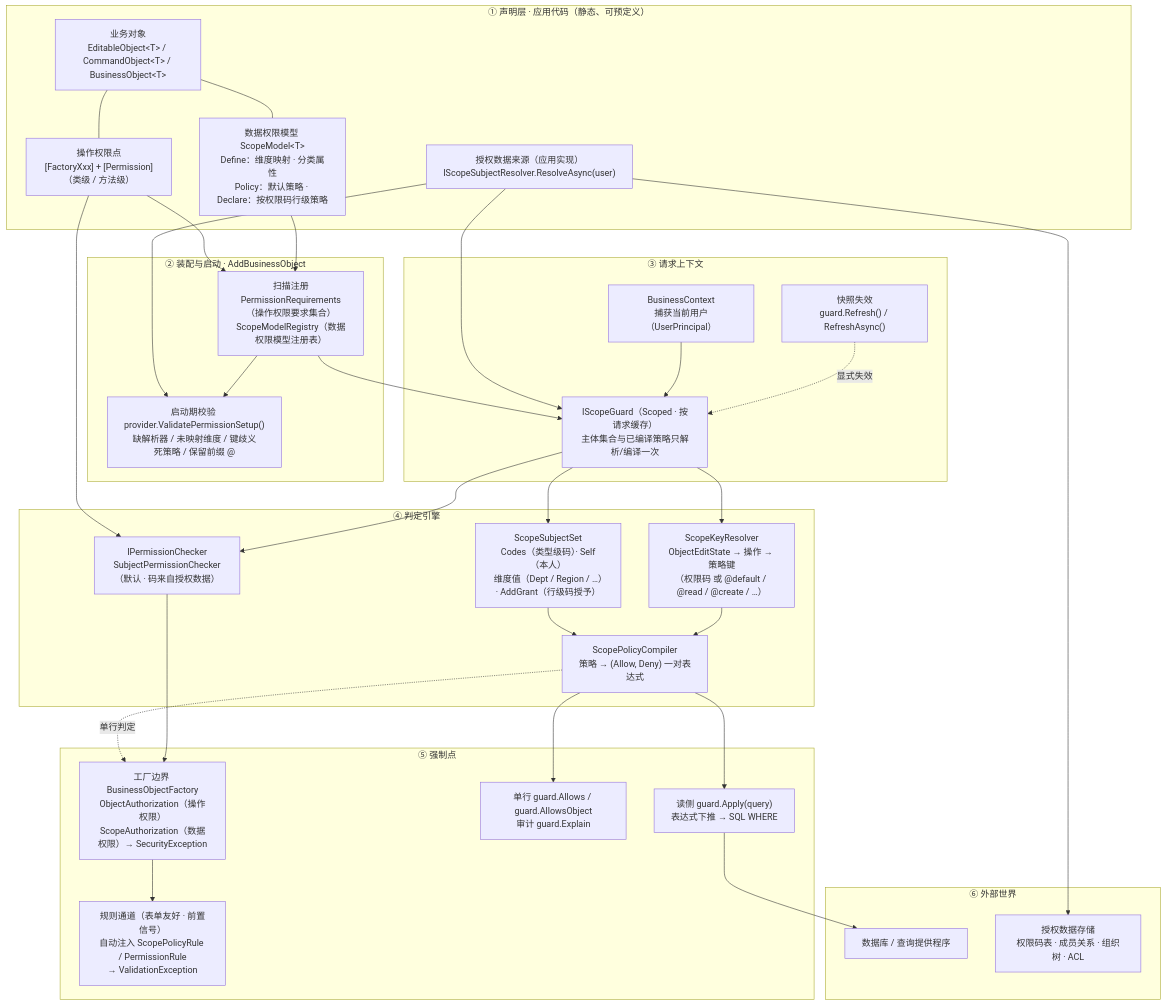
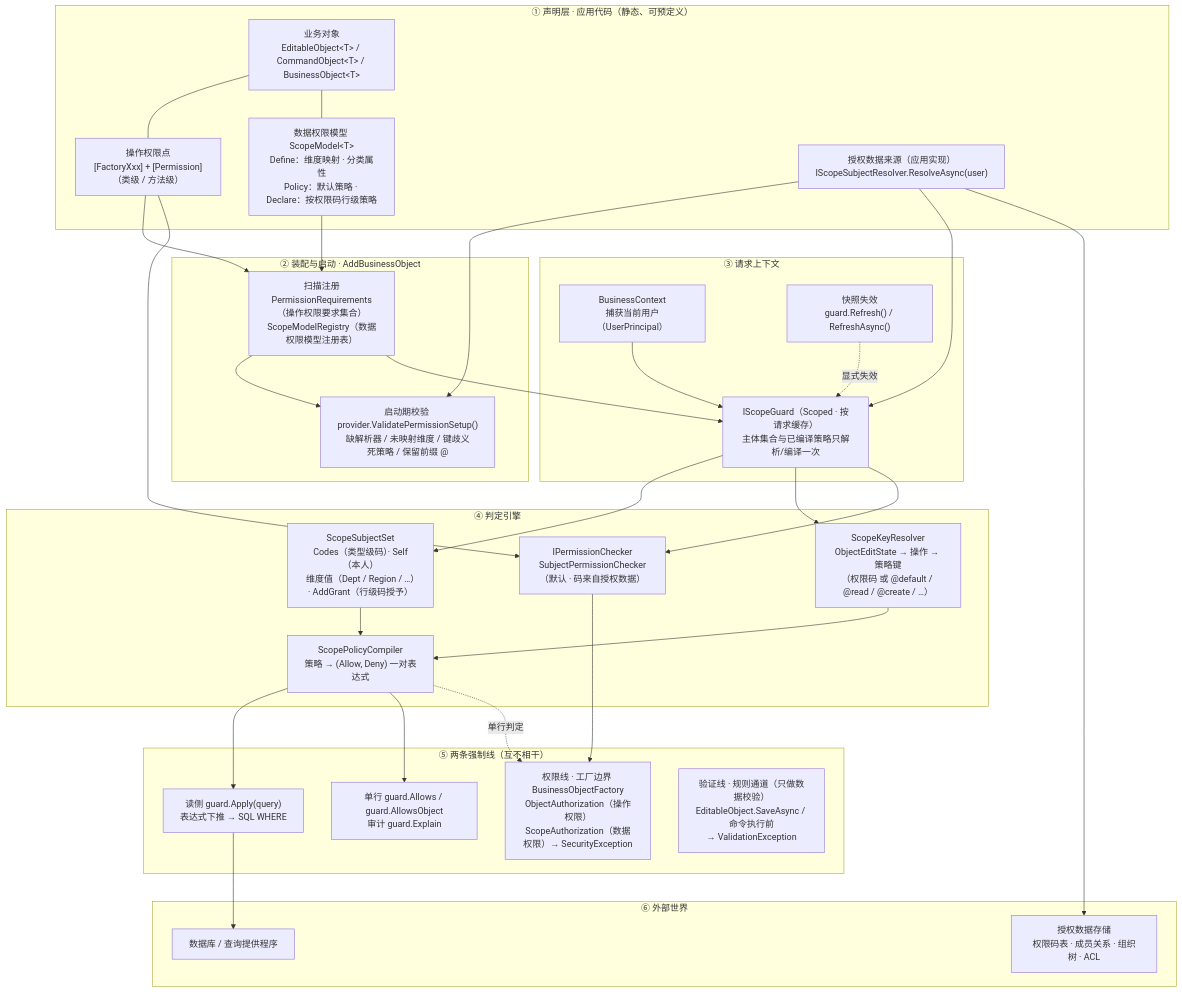
The diagram in Source/Euonia.Osba/Permission/DESIGN.md (euonia-project/euonia-dotnet), drawn with Mermaid before and after one commit. The commit also changed other lines of this file and 21 other files, not shown here.

````diff
--- a/Source/Euonia.Osba/Permission/DESIGN.md
+++ b/Source/Euonia.Osba/Permission/DESIGN.md
@@ -25,64 +25,63 @@
 ```mermaid
 graph TD
     subgraph A["① 声明层 · 应用代码（静态、可预定义）"]
         A1["业务对象<br/>EditableObject&lt;T&gt; / CommandObject&lt;T&gt; / BusinessObject&lt;T&gt;"]
         A2["操作权限点<br/>[FactoryXxx] + [Permission]（类级 / 方法级）"]
         A3["数据权限模型 ScopeModel&lt;T&gt;<br/>Define：维度映射 · 分类属性<br/>Policy：默认策略 · Declare：按权限码行级策略"]
         A4["授权数据来源（应用实现）<br/>IScopeSubjectResolver.ResolveAsync(user)"]
     end
 
     subgraph B["② 装配与启动 · AddBusinessObject"]
         B1["扫描注册<br/>PermissionRequirements（操作权限要求集合）<br/>ScopeModelRegistry（数据权限模型注册表）"]
         B2["启动期校验 provider.ValidatePermissionSetup()<br/>缺解析器 / 未映射维度 / 键歧义<br/>死策略 / 保留前缀 @"]
     end
 
     subgraph C["③ 请求上下文"]
         C1["BusinessContext<br/>捕获当前用户（UserPrincipal）"]
         C2["IScopeGuard（Scoped · 按请求缓存）<br/>主体集合与已编译策略只解析/编译一次"]
         C3["快照失效<br/>guard.Refresh() / RefreshAsync()"]
     end
 
     subgraph D["④ 判定引擎"]
         D1["ScopeSubjectSet<br/>Codes（类型级码）· Self（本人）<br/>维度值（Dept / Region / …）· AddGrant（行级码授予）"]
         D2["ScopeKeyResolver<br/>ObjectEditState → 操作 → 策略键<br/>（权限码 或 @default / @read / @create / …）"]
         D3["ScopePolicyCompiler<br/>策略 → (Allow, Deny) 一对表达式"]
         D4["IPermissionChecker<br/>SubjectPermissionChecker（默认 · 码来自授权数据）"]
     end
 
-    subgraph E["⑤ 强制点"]
+    subgraph E["⑤ 两条强制线（互不相干）"]
         E1["读侧 guard.Apply(query)<br/>表达式下推 → SQL WHERE"]
         E2["单行 guard.Allows / guard.AllowsObject<br/>审计 guard.Explain"]
-        E3["工厂边界 BusinessObjectFactory<br/>ObjectAuthorization（操作权限）<br/>ScopeAuthorization（数据权限）→ SecurityException"]
-        E4["规则通道（表单友好 · 前置信号）<br/>自动注入 ScopePolicyRule / PermissionRule<br/>→ ValidationException"]
+        E3["权限线 · 工厂边界 BusinessObjectFactory<br/>ObjectAuthorization（操作权限）<br/>ScopeAuthorization（数据权限）→ SecurityException"]
+        E4["验证线 · 规则通道（只做数据校验）<br/>EditableObject.SaveAsync / 命令执行前<br/>→ ValidationException"]
     end
 
     subgraph F["⑥ 外部世界"]
         F1["数据库 / 查询提供程序"]
         F2["授权数据存储<br/>权限码表 · 成员关系 · 组织树 · ACL"]
     end
 
     A1 --- A2
     A1 --- A3
     A2 --> B1
     A2 --> D4
     A3 --> B1
     A4 --> B2
     A4 --> C2
     A4 --> F2
 
     B1 --> B2
     B1 --> C2
     C1 --> C2
     C2 --> D1
     C2 --> D2
     C2 --> D4
     D1 --> D3
     D2 --> D3
     D3 --> E1
     D3 --> E2
     D3 -. 单行判定 .-> E3
     D4 --> E3
-    E3 --> E4
     E1 --> F1
     C3 -. 显式失效 .-> C2
 ```
````
